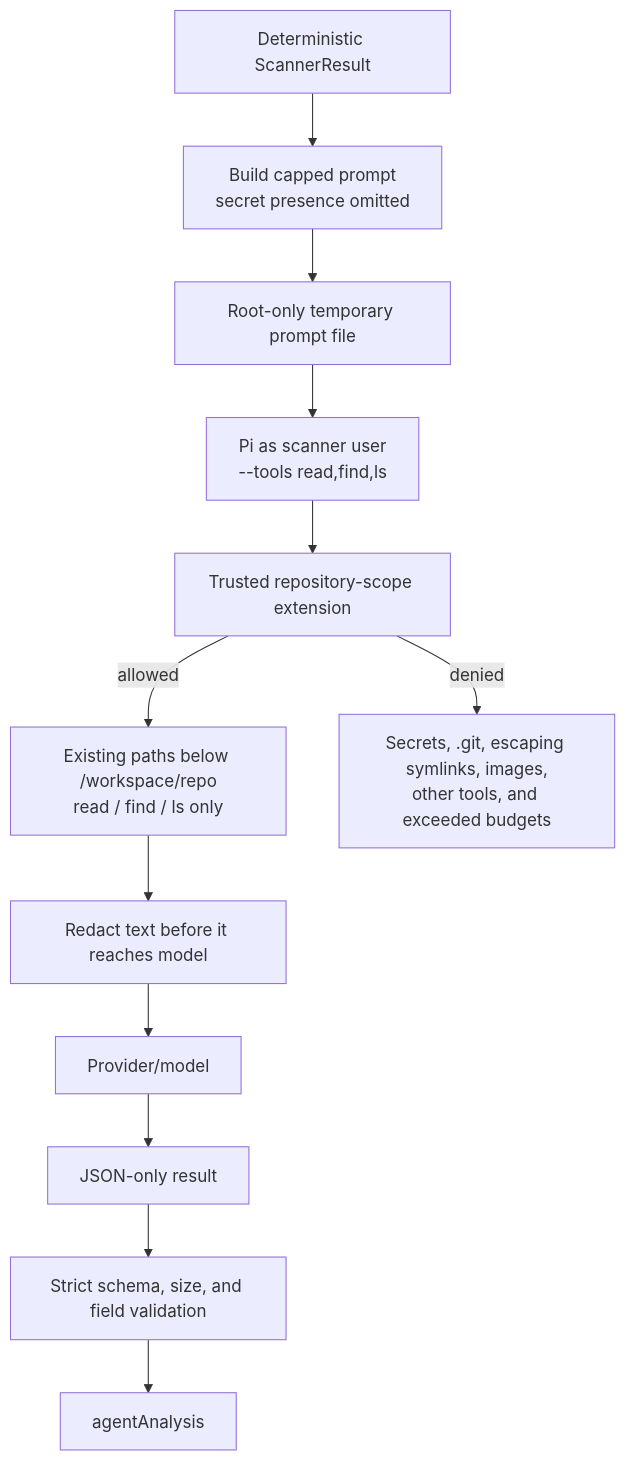
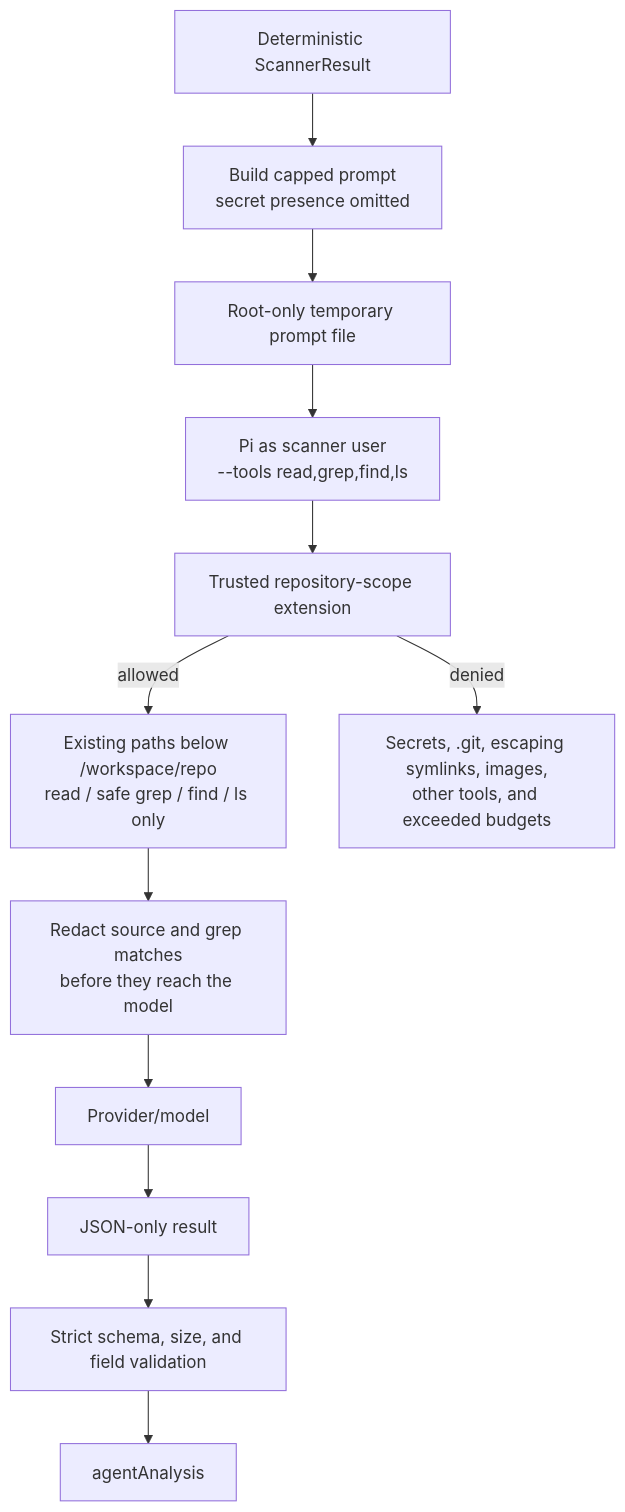
The fourth of 4 diagrams in flow.md (Tarun-Elango/codevet-worker), drawn with Mermaid before and after one commit. The commit also changed other lines of this file and 4 other files, not shown here.

````diff
--- a/flow.md
+++ b/flow.md
@@ -128,14 +128,14 @@
 ```mermaid
 flowchart TD
   DR["Deterministic ScannerResult"] --> BP["Build capped prompt\nsecret presence omitted"]
   BP --> PP["Root-only temporary prompt file"]
-  PP --> P["Pi as scanner user\n--tools read,find,ls"]
+  PP --> P["Pi as scanner user\n--tools read,grep,find,ls"]
   P --> G["Trusted repository-scope extension"]
-  G -->|"allowed"| R["Existing paths below /workspace/repo\nread / find / ls only"]
+  G -->|"allowed"| R["Existing paths below /workspace/repo\nread / safe grep / find / ls only"]
   G -->|"denied"| D["Secrets, .git, escaping symlinks, images,\nother tools, and exceeded budgets"]
-  R --> RED["Redact text before it reaches model"]
+  R --> RED["Redact source and grep matches\nbefore they reach the model"]
   RED --> L["Provider/model"]
   L --> J["JSON-only result"]
   J --> V["Strict schema, size, and field validation"]
   V --> AA["agentAnalysis"]
 ```
````
